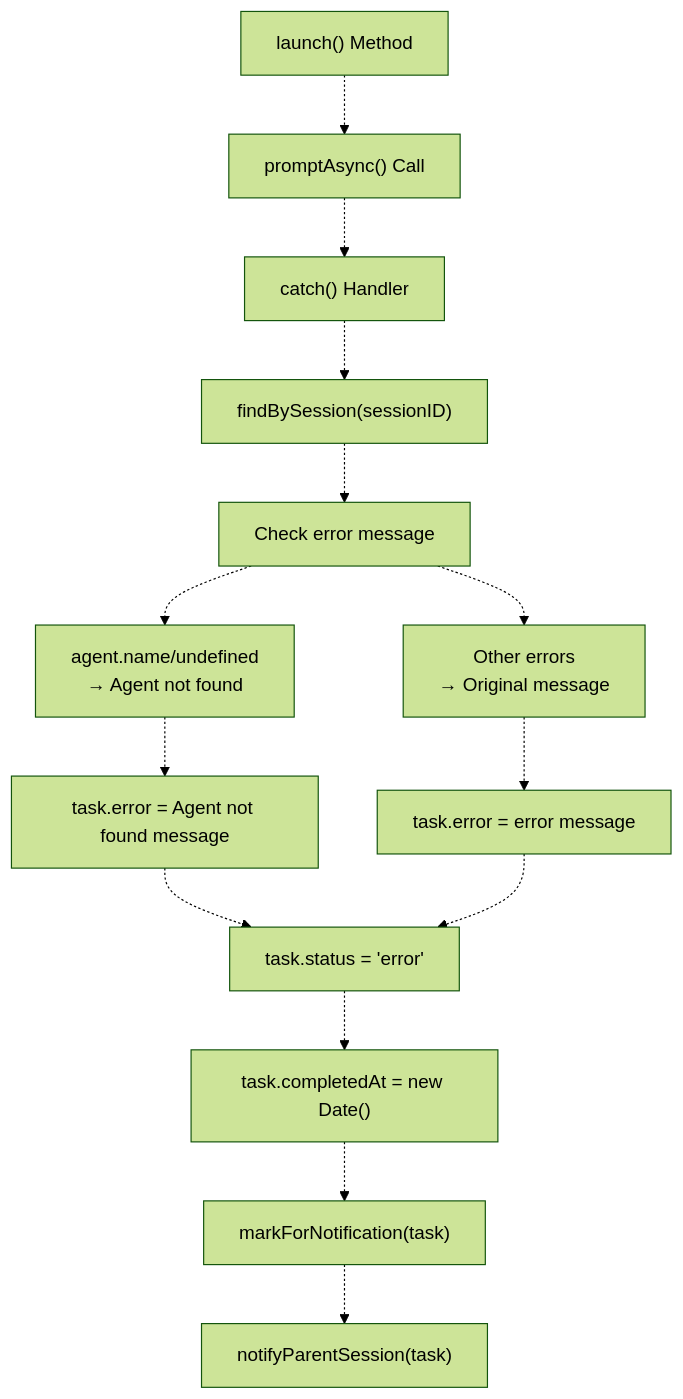
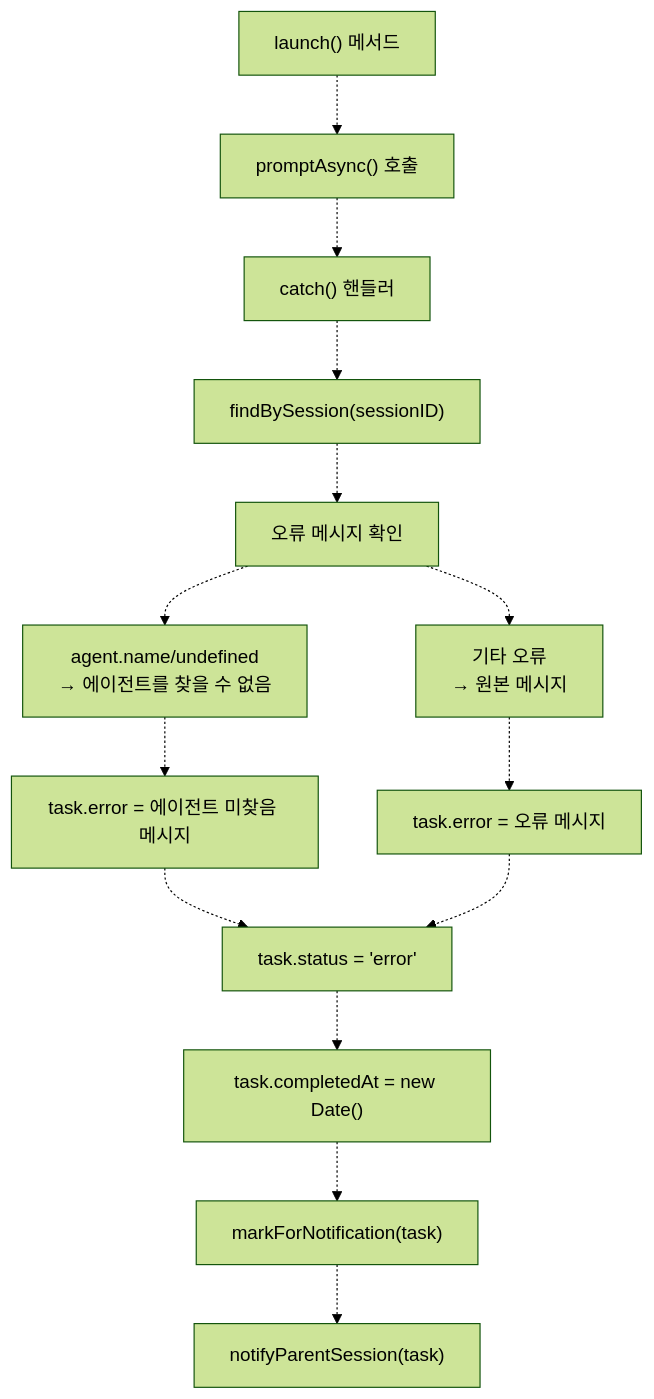
One commit to felipetruman/oh-my-opencode-docs changed the third of 8 diagrams in docs/background-execution/background-manager.md. Above: the diagram before and after it, drawn with Mermaid (forest theme). The commit also changed other lines of this file and 76 other files, not shown here.

````diff
--- a/docs/background-execution/background-manager.md
+++ b/docs/background-execution/background-manager.md
@@ -147,31 +147,31 @@
 ```mermaid
 flowchart TD
 
-Launch["launch() Method"]
-PromptAsync["promptAsync() Call"]
-CatchBlock["catch() Handler"]
+Launch["launch() 메서드"]
+PromptAsync["promptAsync() 호출"]
+CatchBlock["catch() 핸들러"]
 FindTask["findBySession(sessionID)"]
-CheckError["Check error message"]
-AgentError["agent.name/undefined<br>→ Agent not found"]
-GenericError["Other errors<br>→ Original message"]
-SetError["task.error = Agent not found message"]
-SetError2["task.error = error message"]
+CheckError["오류 메시지 확인"]
+AgentError["agent.name/undefined<br>→ 에이전트를 찾을 수 없음"]
+GenericError["기타 오류<br>→ 원본 메시지"]
+SetError["task.error = 에이전트 미찾음 메시지"]
+SetError2["task.error = 오류 메시지"]
 UpdateStatus["task.status = 'error'"]
 Complete["task.completedAt = new Date()"]
 Notify["markForNotification(task)"]
 NotifyParent["notifyParentSession(task)"]
 
 Launch -.-> PromptAsync
 PromptAsync -.-> CatchBlock
 CatchBlock -.-> FindTask
 FindTask -.-> CheckError
 CheckError -.-> AgentError
 CheckError -.-> GenericError
 AgentError -.-> SetError
 GenericError -.-> SetError2
 SetError -.-> UpdateStatus
 SetError2 -.-> UpdateStatus
 UpdateStatus -.-> Complete
 Complete -.-> Notify
 Notify -.-> NotifyParent
 ```
````
